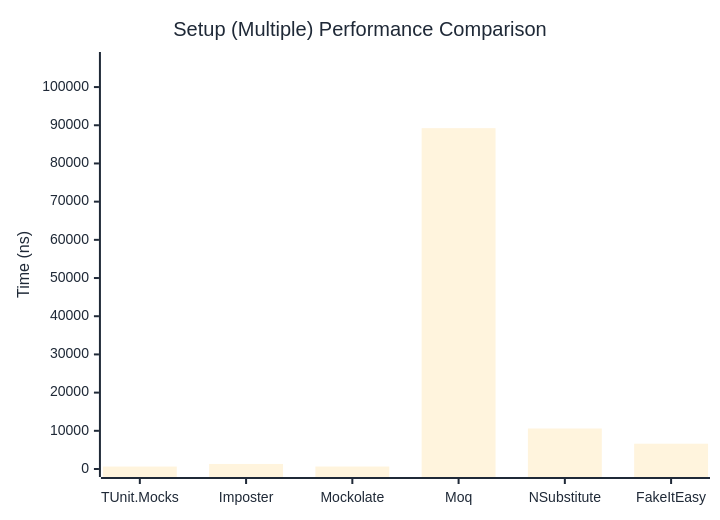
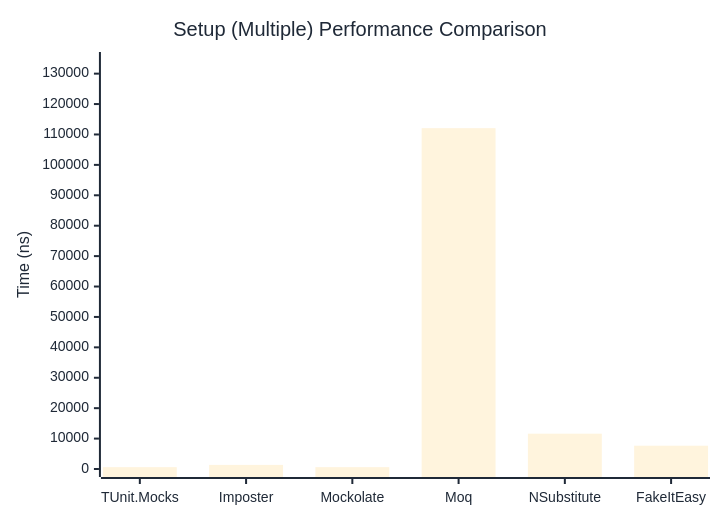
Before and after one commit to thomhurst/TUnit: the second of 2 diagrams in docs/docs/benchmarks/mocks/Setup.md, drawn with Mermaid. The commit also changed other lines of this file and 14 other files, not shown here.

````diff
--- a/docs/docs/benchmarks/mocks/Setup.md
+++ b/docs/docs/benchmarks/mocks/Setup.md
@@ -69,27 +69,27 @@
 ```mermaid
 %%{init: {
   'theme':'base',
   'themeVariables': {
     'primaryColor': '#2563eb',
     'primaryTextColor': '#1f2937',
     'primaryBorderColor': '#1e40af',
     'lineColor': '#6b7280',
     'secondaryColor': '#7c3aed',
     'tertiaryColor': '#dc2626',
     'background': '#ffffff',
     'pie1': '#2563eb',
     'pie2': '#7c3aed',
     'pie3': '#dc2626',
     'pie4': '#f59e0b',
     'pie5': '#10b981',
     'pie6': '#06b6d4',
     'pie7': '#ec4899',
     'pie8': '#6366f1'
   }
 }}%%
 xychart-beta
   title "Setup (Multiple) Performance Comparison"
   x-axis ["TUnit.Mocks", "Imposter", "Mockolate", "Moq", "NSubstitute", "FakeItEasy"]
-  y-axis "Time (ns)" 0 --> 107087
-  bar [637.8, 1319.4, 645.4, 89238.5, 10605, 6621.2]
+  y-axis "Time (ns)" 0 --> 134487
+  bar [603.6, 1349.1, 607.9, 112072.3, 11610.9, 7661.8]
 ```
````
